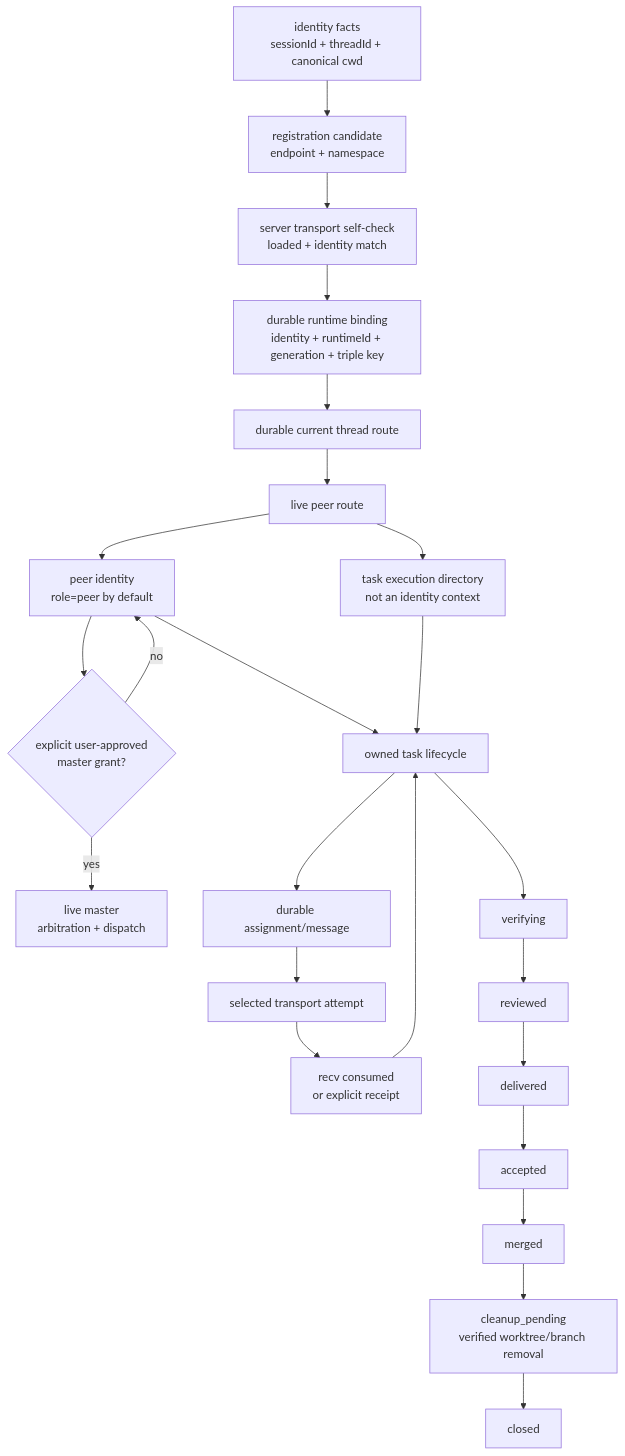
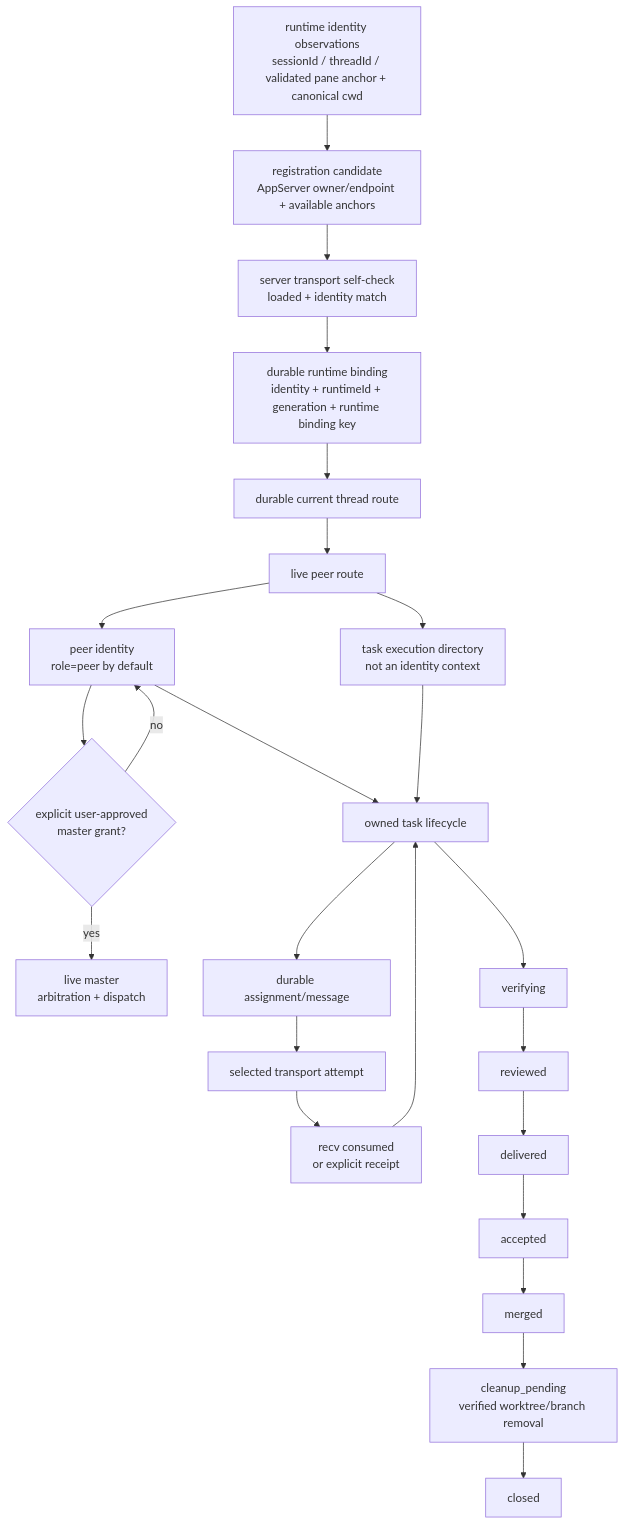
The diagram in docs/collab.md (Jasonzhangf/appsdk), drawn with Mermaid before and after one commit. The commit also changed other lines of this file and 25 other files, not shown here.

Commit message:
collab: complete Codex AppServer RPC state-sensing loop

````diff
--- a/docs/collab.md
+++ b/docs/collab.md
@@ -44,26 +55,26 @@
 ```mermaid
 flowchart TB
-  host["identity facts<br/>sessionId + threadId + canonical cwd"] --> candidate["registration candidate<br/>endpoint + namespace"]
+  host["runtime identity observations<br/>sessionId / threadId / validated pane anchor + canonical cwd"] --> candidate["registration candidate<br/>AppServer owner/endpoint + available anchors"]
   candidate --> selfcheck["server transport self-check<br/>loaded + identity match"]
-  selfcheck --> binding["durable runtime binding<br/>identity + runtimeId + generation + triple key"]
+  selfcheck --> binding["durable runtime binding<br/>identity + runtimeId + generation + runtime binding key"]
   binding --> route["durable current thread route"]
   route --> live["live peer route"]
   live --> peer["peer identity<br/>role=peer by default"]
   live --> worktree["task execution directory<br/>not an identity context"]
   peer --> task["owned task lifecycle"]
   worktree --> task
   peer --> master{"explicit user-approved<br/>master grant?"}
   master -->|yes| master_live["live master<br/>arbitration + dispatch"]
   master -->|no| peer
   task --> assignment["durable assignment/message"]
   assignment --> delivery["selected transport attempt"]
   delivery --> consumed["recv consumed<br/>or explicit receipt"]
   consumed --> task
   task --> verifying["verifying"]
   verifying --> reviewed["reviewed"]
   reviewed --> delivered["delivered"]
   delivered --> accepted["accepted"]
   accepted --> merged["merged"]
   merged --> cleanup["cleanup_pending<br/>verified worktree/branch removal"]
   cleanup --> closed["closed"]
 ```
````
